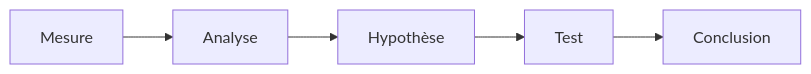
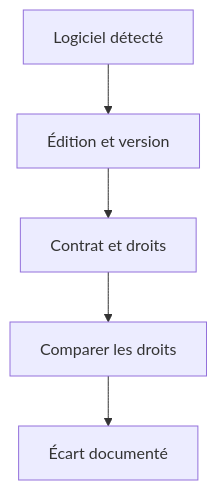
One commit to biggyseven/Skill-Tree changed the fifth of 6 diagrams in content/lessons/maint-gestion-parc-intermediaire.md. Above: the diagram before and after it, drawn with Mermaid. The commit also changed other lines of this file, not shown here.

Commit message:
Adapter les schémas au sujet de maint-gestion-parc-intermediaire

````diff
--- a/content/lessons/maint-gestion-parc-intermediaire.md
+++ b/content/lessons/maint-gestion-parc-intermediaire.md
@@ -83,4 +95,7 @@
 ```mermaid
-flowchart LR
-  A[Mesure] --> B[Analyse] --> C[Hypothèse] --> D[Test] --> E[Conclusion]
+flowchart TD
+  A[Logiciel détecté] --> B[Édition et version]
+  B --> C[Contrat et droits]
+  C --> D[Comparer les droits]
+  D --> E[Écart documenté]
 ```
````
